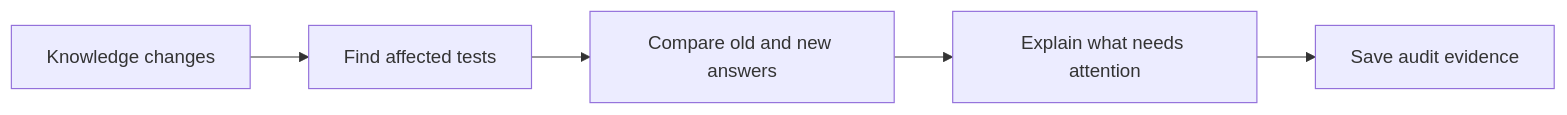
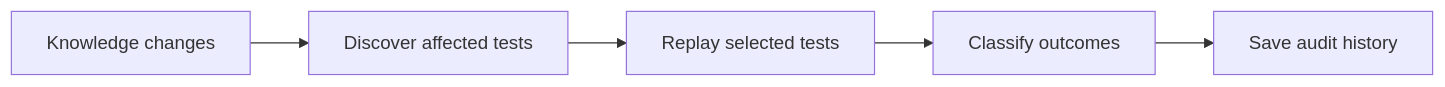
The first of 2 diagrams in README.md (Omar8345/context-canary), drawn with Mermaid before and after one commit. The commit also changed other lines of this file and 2 other files, not shown here.

````diff
--- a/README.md
+++ b/README.md
@@ -23,7 +53,7 @@
 ```mermaid
 flowchart LR
-  A[Knowledge changes] --> B[Find affected tests]
-  B --> C[Compare old and new answers]
-  C --> D[Explain what needs attention]
-  D --> E[Save audit evidence]
+    A["Knowledge changes"] --> B["Discover affected tests"]
+    B --> C["Replay selected tests"]
+    C --> D["Classify outcomes"]
+    D --> E["Save audit history"]
 ```
````
